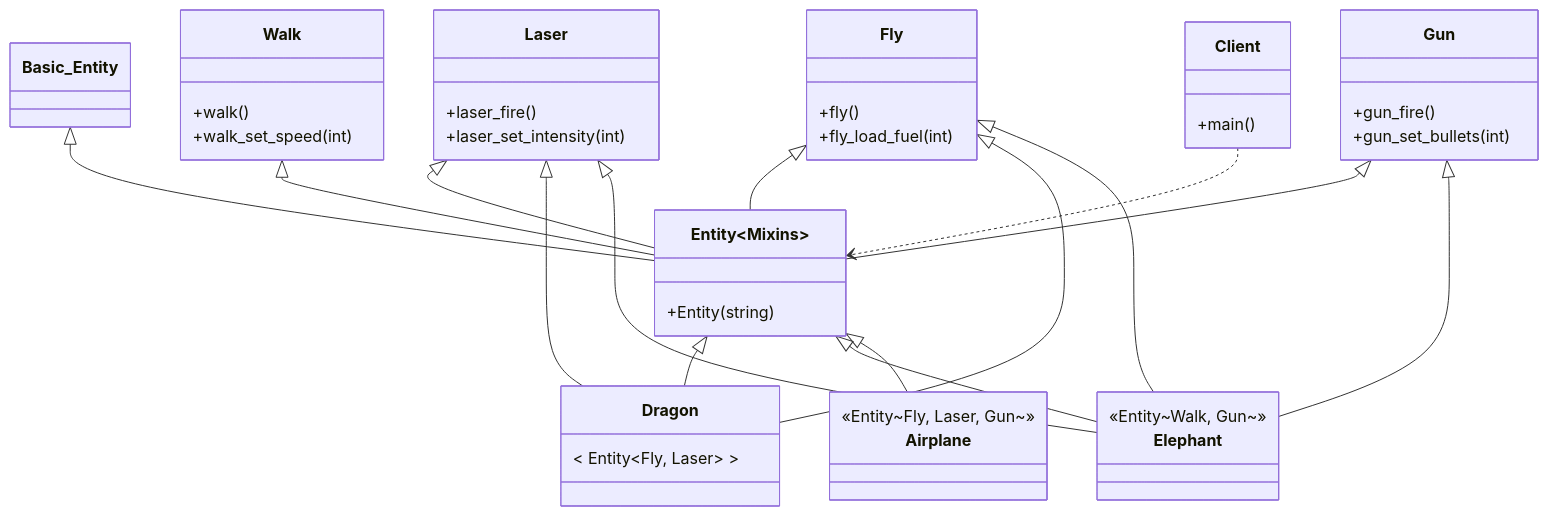
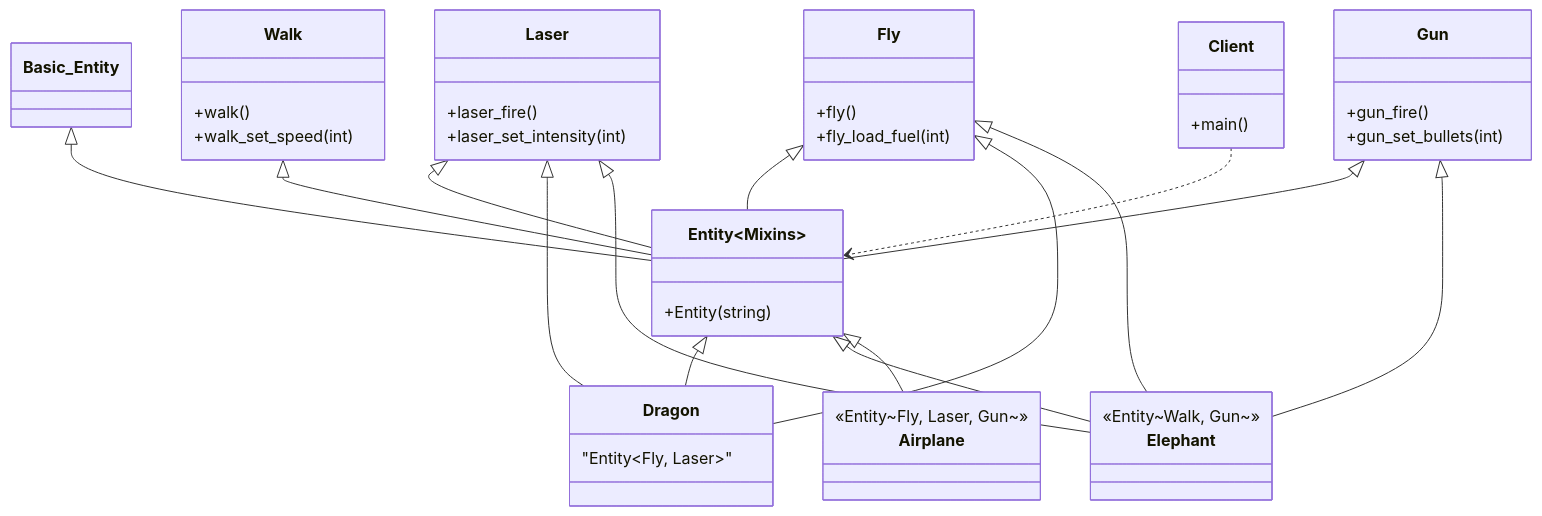
One commit to Cichlidfishexigency721/Modern-CPP-Design-Patterns changed the diagram in 15_Mixin/01_Simple/diagram.md. Above: the diagram before and after it, drawn with Mermaid.

Commit message:
UML improvement

````diff
--- a/15_Mixin/01_Simple/diagram.md
+++ b/15_Mixin/01_Simple/diagram.md
@@ -3,60 +3,60 @@
 ```mermaid
 classDiagram
 %%---------------------------------------------------------------------- Main:
    class Client {
       +main()
    }
 
 %%---------------------------------------------------- Features (Mixin Parts):
    class Laser {
       +laser_fire()
       +laser_set_intensity(int)
    }
 
    class Walk {
       +walk()
       +walk_set_speed(int)
    }
 
    class Gun {
       +gun_fire()
       +gun_set_bullets(int)
    }
 
    class Fly {
       +fly()
       +fly_load_fuel(int)
    }
 
 %%--------------------------------------------------------------------- Entity:
    class Entity~Mixins~ {
       +Entity(string)
    }
 
 %%------------------------------------------------------------ Mixin Entities:
    %% Mixin entities defined by type aliases in the code
-   class Dragon { < Entity~Fly, Laser~ > }
+   class Dragon { "Entity~Fly, Laser~" }
    class Elephant { <<Entity~Walk, Gun~>> }
    class Airplane { <<Entity~Fly, Laser, Gun~>> }
 
    %% Multiple Inheritance (Horizontal Composition)
    %% Inheritance arrows do not use multiplicity numbers
    Basic_Entity <|-- Entity~Mixins~
    Laser <|-- Entity~Mixins~
    Walk <|-- Entity~Mixins~
    Gun <|-- Entity~Mixins~
    Fly <|-- Entity~Mixins~
 
    %% Relationships for specific types
    Entity~Mixins~ <|-- Dragon
    Fly <|-- Dragon
    Laser <|-- Dragon
    Entity~Mixins~ <|-- Elephant
    Fly <|-- Elephant
    Laser <|-- Elephant
    Gun <|-- Elephant
    Entity~Mixins~ <|-- Airplane
 
    %% Dependency - No numbers
    Client ..> Entity~Mixins~
 ```
````
